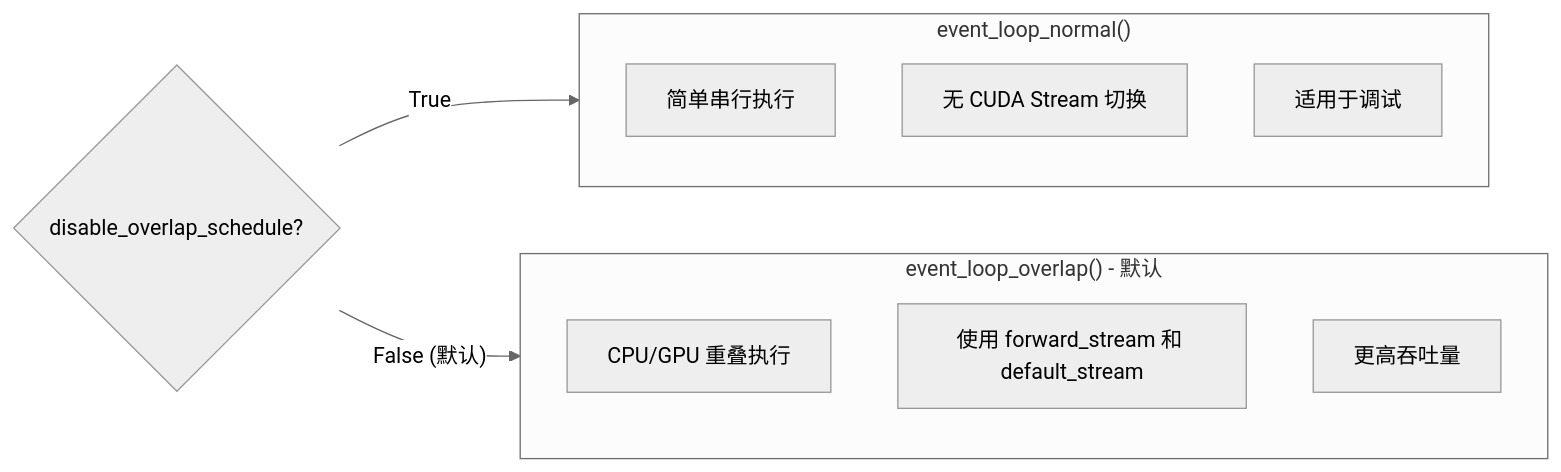
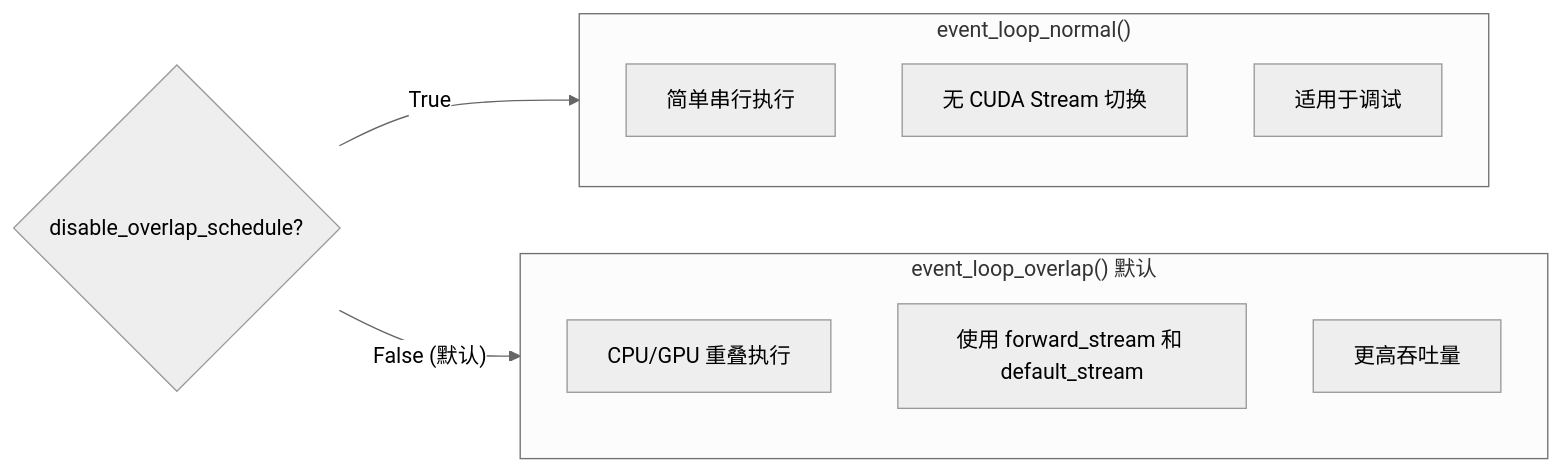
Before and after one commit to wesleyck/AIInfraNotes: the first of 15 diagrams in content/SGLang/03_scheduler.md, drawn with Mermaid (neutral theme). The commit also changed other lines of this file and 7 other files, not shown here.

````diff
--- a/content/SGLang/03_scheduler.md
+++ b/content/SGLang/03_scheduler.md
@@ -61,18 +92,18 @@
 ```mermaid
 flowchart LR
     subgraph Normal["event_loop_normal()"]
         N1["简单串行执行"]
         N2["无 CUDA Stream 切换"]
         N3["适用于调试"]
     end
 
-    subgraph Overlap["event_loop_overlap() - 默认"]
+    subgraph Overlap["event_loop_overlap() 默认"]
         O1["CPU/GPU 重叠执行"]
         O2["使用 forward_stream 和 default_stream"]
         O3["更高吞吐量"]
     end
 
     Condition{"disable_overlap_schedule?"}
     Condition -->|"True"| Normal
     Condition -->|"False (默认)"| Overlap
 ```
````
